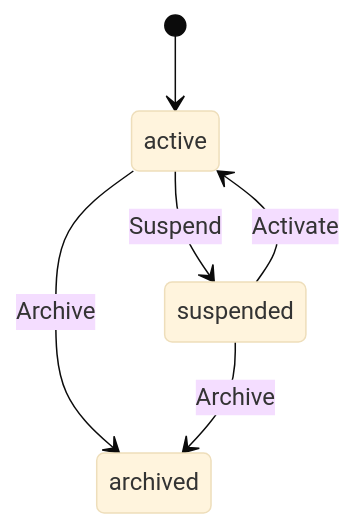
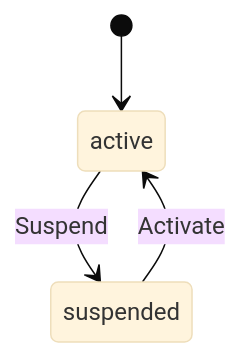
One commit to blendsdk/porta-identity changed the second of 2 diagrams in docs/concepts/multi-tenancy.md. Above: the diagram before and after it, drawn with Mermaid (base theme). The commit also changed other lines of this file and 95 other files, not shown here.

````diff
--- a/docs/concepts/multi-tenancy.md
+++ b/docs/concepts/multi-tenancy.md
@@ -58,8 +57,6 @@
 ```mermaid
 stateDiagram-v2
     [*] --> active
     active --> suspended: Suspend
     suspended --> active: Activate
-    active --> archived: Archive
-    suspended --> archived: Archive
 ```
````
